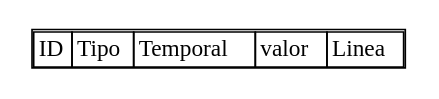
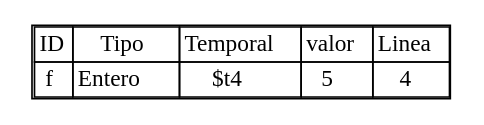
One commit to carlosE17/OLC2P2Junio2020 changed the diagram in reporteTs_minorC.dot. Above: the diagram before and after it, drawn with Graphviz. The commit also changed 10 other files, not shown here.

```diff
--- a/reporteTs_minorC.dot
+++ b/reporteTs_minorC.dot
@@ -1,8 +1,8 @@
 digraph {
 node0 [    shape=plaintext
     label=<
 
       <table cellspacing='0'>
       <tr><td>ID</td><td>Tipo</td><td>Temporal</td><td>valor</td><td>Linea</td></tr>
-    </table>
+<tr> <td> f</td><td> Entero </td><td> $t4 </td><td> 5 </td><td> 4</td> </tr>    </table>
 >];}
```
